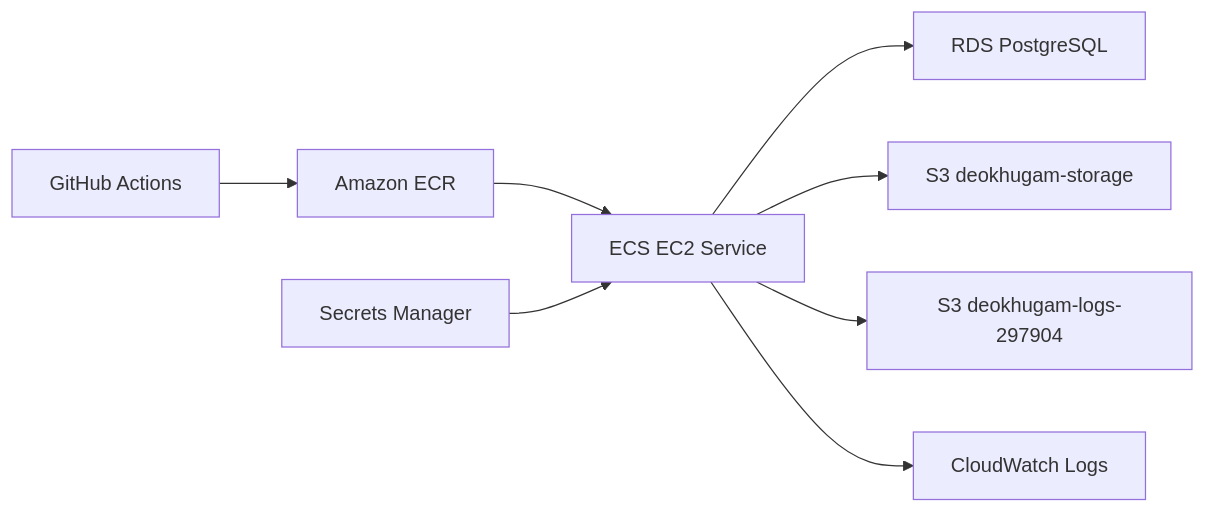
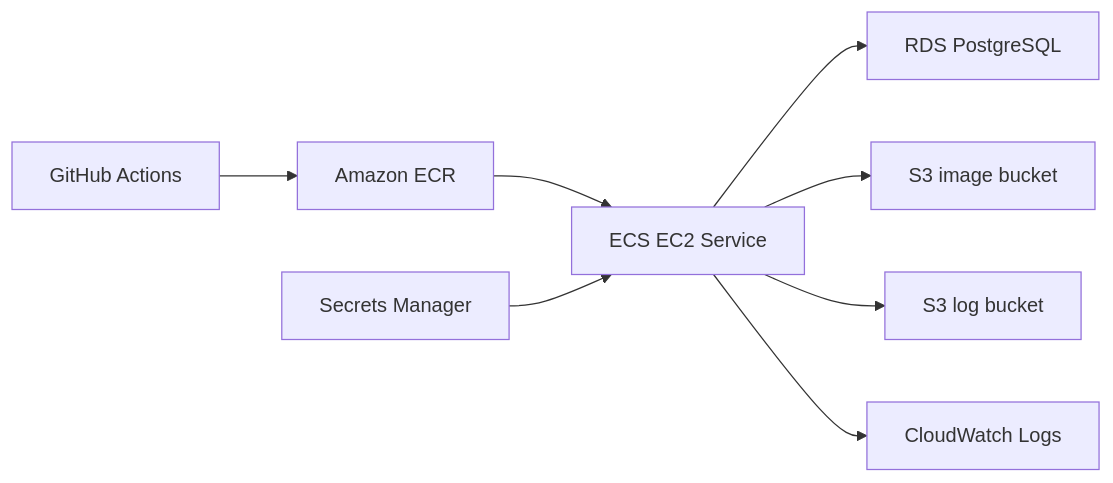
Before and after one commit to sprint-sb09-part03-team02/sb09-deokhugam-team02: the diagram in deokhugam/docs/AWS_DEPLOYMENT.md, drawn with Mermaid. The commit also changed other lines of this file and 2 other files, not shown here.

````diff
--- a/deokhugam/docs/AWS_DEPLOYMENT.md
+++ b/deokhugam/docs/AWS_DEPLOYMENT.md
@@ -7,10 +7,10 @@
 ```mermaid
 flowchart LR
   GH["GitHub Actions"] --> ECR["Amazon ECR"]
   ECR --> ECS["ECS EC2 Service"]
   ECS --> RDS["RDS PostgreSQL"]
-  ECS --> S3IMG["S3 deokhugam-storage"]
-  ECS --> S3LOG["S3 deokhugam-logs-297904"]
+  ECS --> S3IMG["S3 image bucket"]
+  ECS --> S3LOG["S3 log bucket"]
   ECS --> CW["CloudWatch Logs"]
   SM["Secrets Manager"] --> ECS
 ```
````
